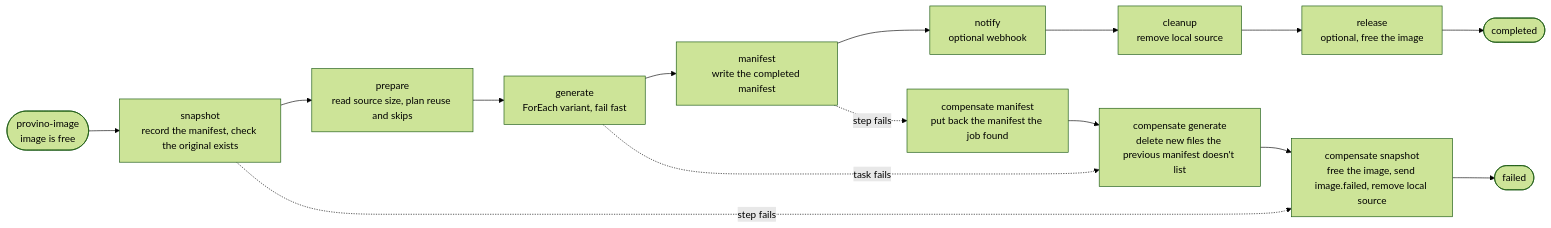
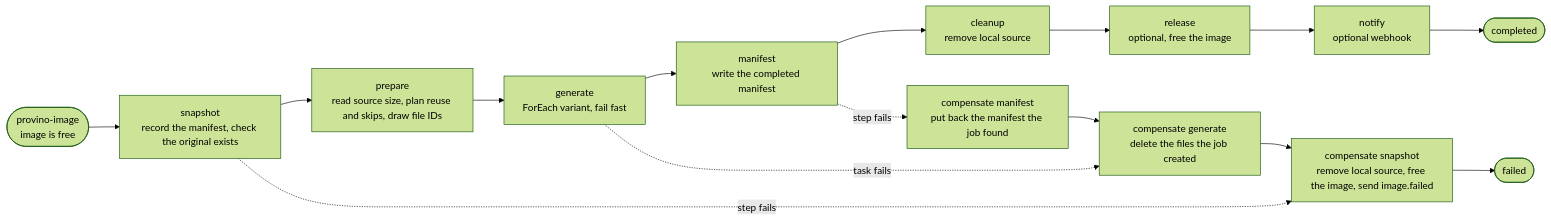
One commit to ItalyPaleAle/provino changed the diagram in internal/actors/README.md. Above: the diagram before and after it, drawn with Mermaid (forest theme). The commit also changed other lines of this file and 74 other files, not shown here.

````diff
--- a/internal/actors/README.md
+++ b/internal/actors/README.md
@@ -34,17 +34,17 @@
 ```mermaid
 flowchart LR
     START(["provino-image<br/>image is free"]) --> SNAPSHOT
     SNAPSHOT["snapshot<br/>record the manifest, check the original exists"] --> PREPARE
-    PREPARE["prepare<br/>read source size, plan reuse and skips"] --> GENERATE
+    PREPARE["prepare<br/>read source size, plan reuse and skips, draw file IDs"] --> GENERATE
     GENERATE["generate<br/>ForEach variant, fail fast"] --> MANIFEST
-    MANIFEST["manifest<br/>write the completed manifest"] --> NOTIFY
-    NOTIFY["notify<br/>optional webhook"] --> CLEANUP
+    MANIFEST["manifest<br/>write the completed manifest"] --> CLEANUP
     CLEANUP["cleanup<br/>remove local source"] --> RELEASE
-    RELEASE["release<br/>optional, free the image"] --> DONE(["completed"])
-    GENERATE -. task fails .-> UNDO_GENERATE["compensate generate<br/>delete new files the previous manifest doesn't list"]
+    RELEASE["release<br/>optional, free the image"] --> NOTIFY
+    NOTIFY["notify<br/>optional webhook"] --> DONE(["completed"])
+    GENERATE -. task fails .-> UNDO_GENERATE["compensate generate<br/>delete the files the job created"]
     MANIFEST -. step fails .-> UNDO_MANIFEST["compensate manifest<br/>put back the manifest the job found"]
     UNDO_MANIFEST --> UNDO_GENERATE
-    UNDO_GENERATE --> UNDO_SNAPSHOT["compensate snapshot<br/>free the image, send image.failed, remove local source"]
+    UNDO_GENERATE --> UNDO_SNAPSHOT["compensate snapshot<br/>remove local source, free the image, send image.failed"]
     SNAPSHOT -. step fails .-> UNDO_SNAPSHOT
     UNDO_SNAPSHOT --> FAILED(["failed"])
 ```
````
